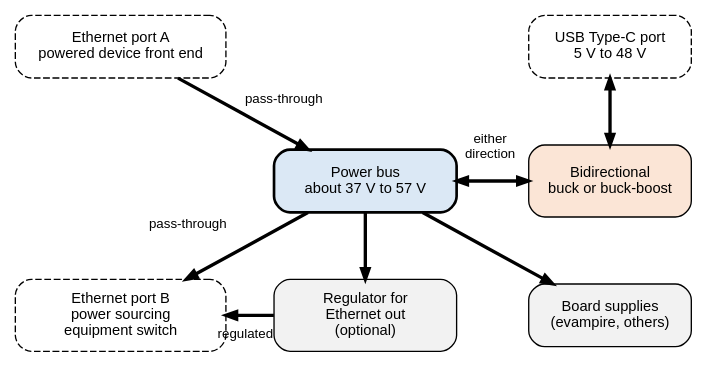
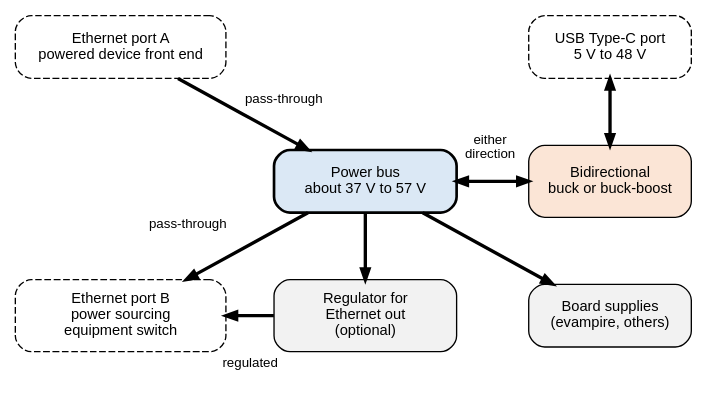
Before and after one commit to mithro/evampire: the diagram in docs/power/converters/high-bus.dot, drawn with Graphviz.

Commit message:
Move the regulated label clear of the boxes beside it

```diff
--- a/docs/power/converters/high-bus.dot
+++ b/docs/power/converters/high-bus.dot
@@ -1,47 +1,47 @@
 // Arrangement with a power bus near the Power over Ethernet voltage: the
 // Ethernet input and output connect to the bus through switches, and one
 // bidirectional converter links the bus to the USB Type-C port.
 //
 // Fixed grid (positions in inches): column 1 (x=1.25) Ethernet ports,
 // column 2 (x=3.8) bus and optional regulator, column 3 (x=6.35) USB and
 // board supplies. Edge labels are separate text nodes beside the edges.
 //
 // SPDX-License-Identifier: Apache-2.0
 
 digraph high_bus {
     graph [layout=neato, splines=false, overlap=true, fontname="Helvetica",
            size="7.4,5"];
     node  [shape=box, style="rounded,filled", fillcolor="#f2f2f2",
            fontname="Helvetica", fontsize=11, width=2.2, height=0.65,
            fixedsize=true];
     edge  [arrowsize=0.8, penwidth=2.5];
 
     port_a [pos="1.25,3.3!", label="Ethernet port A\npowered device front end",
             fillcolor="#ffffff", style="rounded,filled,dashed"];
     bus    [pos="3.8,1.9!", width=1.9, label="Power bus\nabout 37 V to 57 V",
             fillcolor="#dbe8f5", style="rounded,filled,bold"];
     hv     [pos="3.8,0.5!", width=1.9, label="Regulator for\nEthernet out\n(optional)",
             height=0.75];
     port_b [pos="1.25,0.5!", label="Ethernet port B\npower sourcing\nequipment switch",
             height=0.75, fillcolor="#ffffff", style="rounded,filled,dashed"];
     conv   [pos="6.35,1.9!", width=1.7, height=0.75,
             label="Bidirectional\nbuck or buck-boost", fillcolor="#fbe5d6"];
     usb    [pos="6.35,3.3!", width=1.7, label="USB Type-C port\n5 V to 48 V",
             fillcolor="#ffffff", style="rounded,filled,dashed"];
     supp   [pos="6.35,0.5!", width=1.7, label="Board supplies\n(evampire, others)"];
 
     // Edge labels.
     node   [shape=plaintext, style="", fontsize=10, width=0.9, height=0.35];
     l_pa   [pos="2.95,2.75!", label="pass-through"];
     l_pb   [pos="1.95,1.45!", label="pass-through"];
-    l_reg  [pos="2.55,0.3!", label="regulated"];
+    l_reg  [pos="2.6,0.0!", label="regulated"];
     l_bi   [pos="5.1,2.25!", label="either\ndirection"];
 
     port_a -> bus;
     bus    -> port_b;
     bus    -> hv;
     hv     -> port_b;
     bus    -> conv   [dir=both];
     conv   -> usb    [dir=both];
     bus    -> supp;
 }
```
